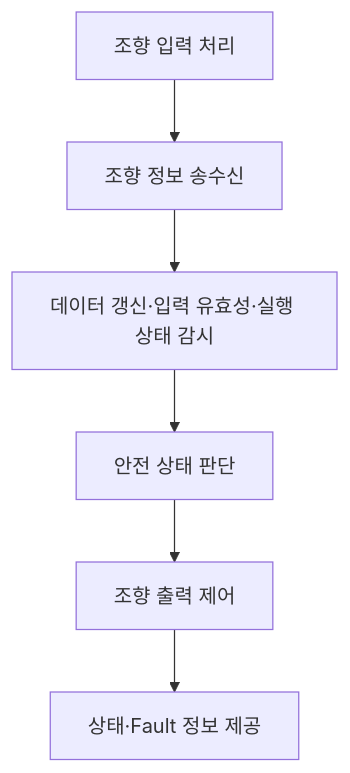
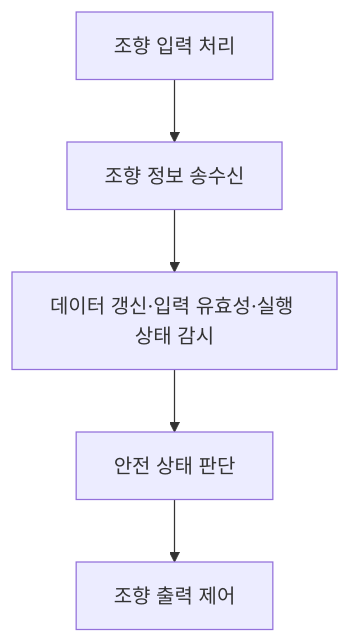
Before and after one commit to kwangil1245-code/iso26262-sbw-failsafe: the first of 3 diagrams in iso26262-sbw-failsafe/workproducts/03_SW_Requirements.md, drawn with Mermaid. The commit also changed other lines of this file, not shown here.

````diff
--- a/iso26262-sbw-failsafe/workproducts/03_SW_Requirements.md
+++ b/iso26262-sbw-failsafe/workproducts/03_SW_Requirements.md
@@ -38,8 +38,7 @@
 ```mermaid
 flowchart TD
     A["조향 입력 처리"] --> B["조향 정보 송수신"]
     B --> C["데이터 갱신·입력 유효성·실행 상태 감시"]
     C --> D["안전 상태 판단"]
     D --> E["조향 출력 제어"]
-    E --> F["상태·Fault 정보 제공"]
 ```
````
